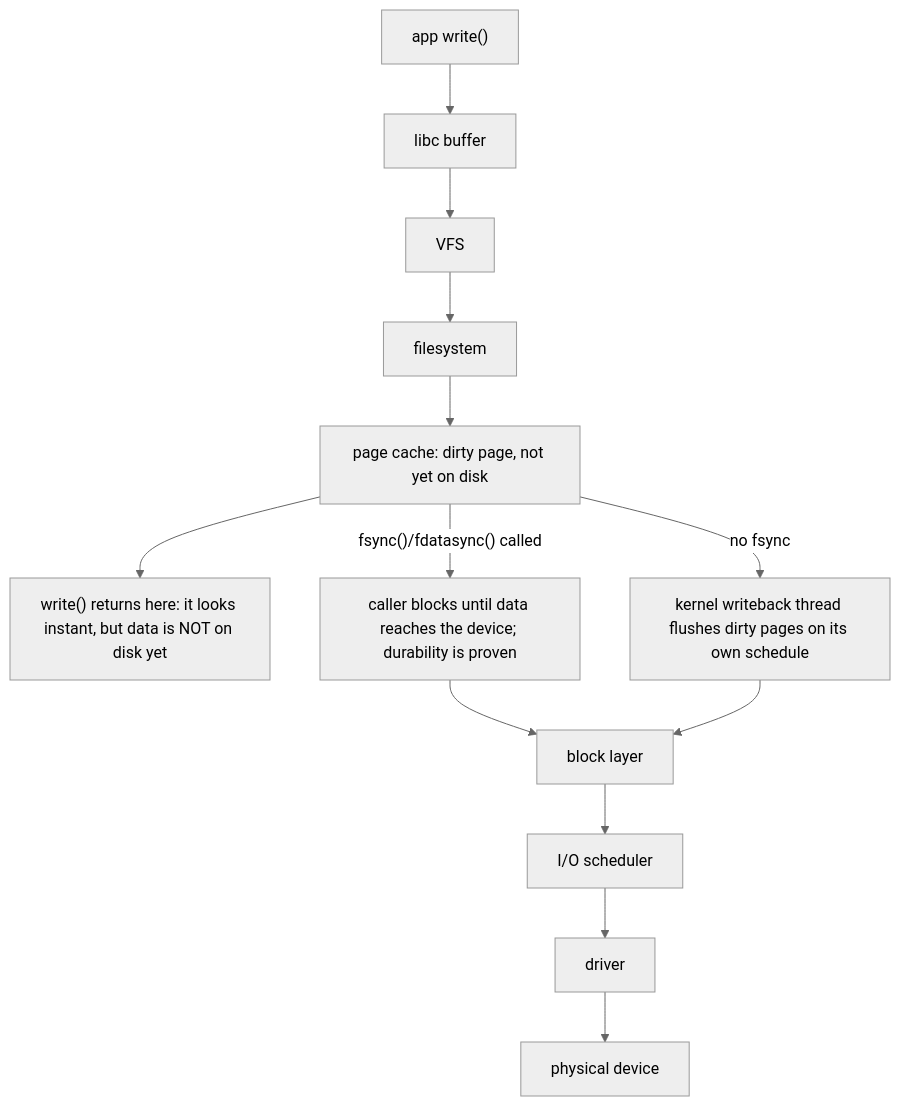
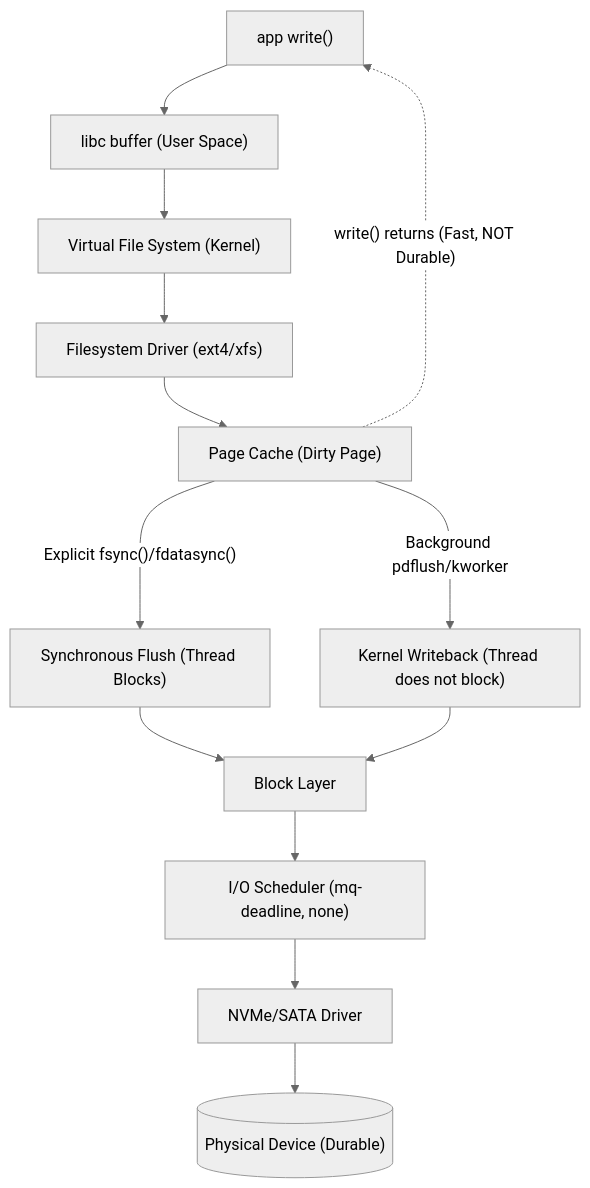
One commit to jithinpnjm/nvidia-devops changed the seventh of 8 diagrams in docs/volume-01/02-linux-storage-io-masterclass.md. Above: the diagram before and after it, drawn with Mermaid (neutral theme). The commit also changed other lines of this file and 110 other files, not shown here.

Commit message:
docs(volume-1-10): complete second-pass refinement of formatting, visual diagrams, and code snippets

````diff
--- a/docs/volume-01/02-linux-storage-io-masterclass.md
+++ b/docs/volume-01/02-linux-storage-io-masterclass.md
@@ -337,10 +408,19 @@
 ```mermaid
 flowchart TD
-  App["app write()"] --> Libc["libc buffer"] --> VFS["VFS"] --> FS["filesystem"] --> Cache["page cache: dirty page, not yet on disk"]
-  Cache --> Return["write() returns here: it looks instant, but data is NOT on disk yet"]
-  Cache -->|"fsync()/fdatasync() called"| Sync["caller blocks until data reaches the device; durability is proven"]
-  Cache -->|"no fsync"| Writeback["kernel writeback thread flushes dirty pages on its own schedule"]
-  Sync --> Block["block layer"]
-  Writeback --> Block
-  Block --> Scheduler["I/O scheduler"] --> Driver["driver"] --> Device["physical device"]
+    App["app write()"] --> Libc["libc buffer (User Space)"]
+    Libc --> VFS["Virtual File System (Kernel)"]
+    VFS --> FS["Filesystem Driver (ext4/xfs)"]
+    FS --> Cache["Page Cache (Dirty Page)"]
+    
+    Cache -. "write() returns (Fast, NOT Durable)" .-> App
+    
+    Cache -- "Explicit fsync()/fdatasync()" ---> Sync["Synchronous Flush (Thread Blocks)"]
+    Cache -- "Background pdflush/kworker" ---> Async["Kernel Writeback (Thread does not block)"]
+    
+    Sync --> Block["Block Layer"]
+    Async --> Block
+    
+    Block --> Scheduler["I/O Scheduler (mq-deadline, none)"]
+    Scheduler --> Driver["NVMe/SATA Driver"]
+    Driver --> Device[("Physical Device (Durable)")]
 ```
````
